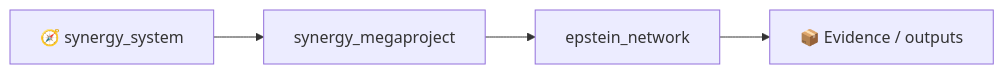
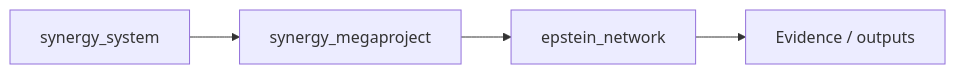
Before and after one commit to Shtenco/epstein_network: the first of 2 diagrams in README.md, drawn with Mermaid. The commit also changed other lines of this file, not shown here.

````diff
--- a/README.md
+++ b/README.md
@@ -105,6 +105,6 @@
 ```mermaid
 flowchart LR
-    SYS[🧭 synergy_system] --> P[synergy_megaproject]
+    SYS[ synergy_system] --> P[synergy_megaproject]
     P --> THIS[epstein_network]
-    THIS --> E[📦 Evidence / outputs]
+    THIS --> E[ Evidence / outputs]
 ```
````
